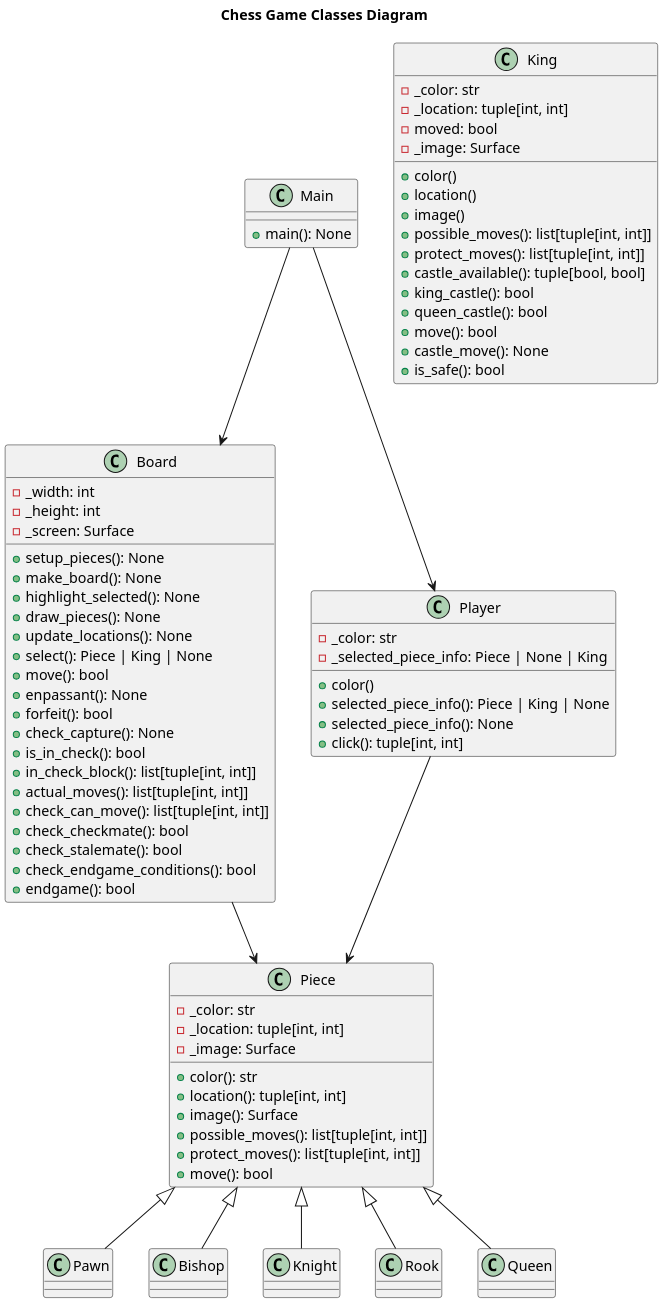
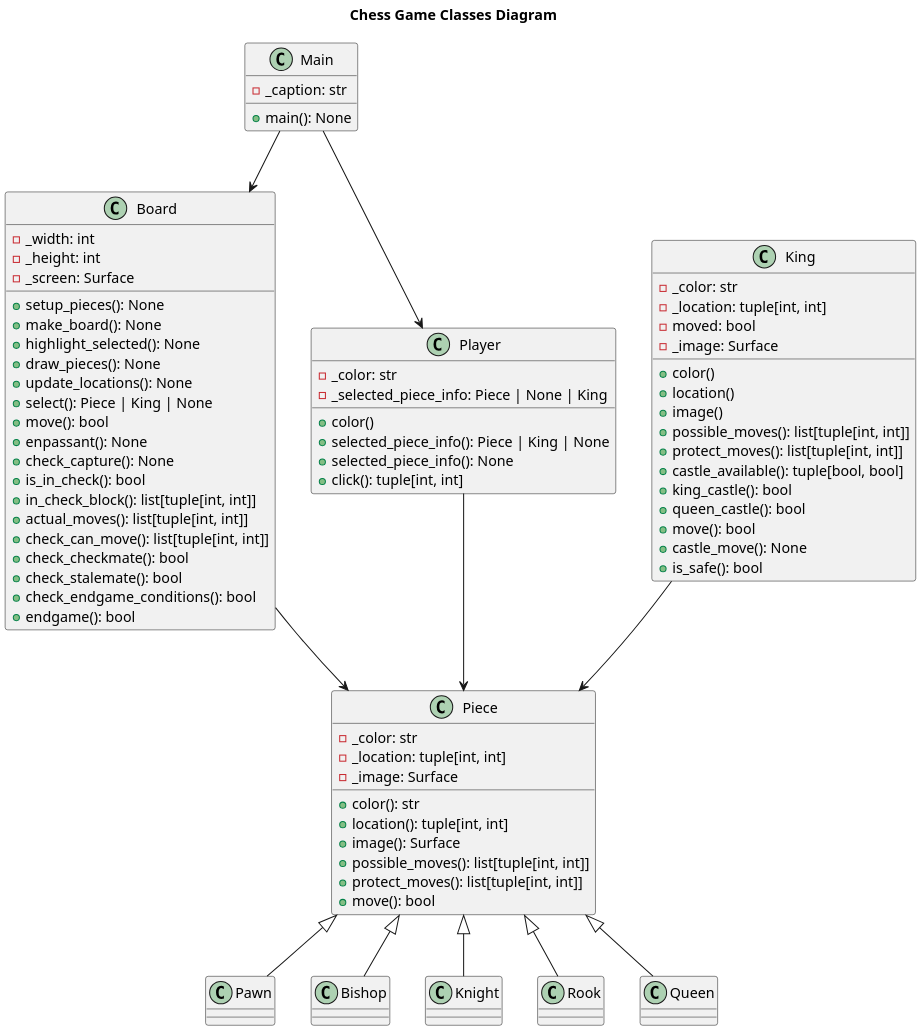
Before and after one commit to walkeredwards/OOP-FinalProject: the diagram in finalproject/uml/chess.plantuml, drawn with PlantUML. The commit also changed 3 other files, not shown here.

Commit message:
powerpoint + uml fix

```diff
--- a/finalproject/uml/chess.plantuml
+++ b/finalproject/uml/chess.plantuml
@@ -1,89 +1,90 @@
 @startuml Chess Game Classes Diagram
 scale 2
 title "Chess Game Classes Diagram"
 class Main {
+    - _caption: str
     + main(): None
 }
 
 class Board {
     - _width: int
     - _height: int
     - _screen: Surface
     + setup_pieces(): None
     + make_board(): None
     + highlight_selected(): None
     + draw_pieces(): None
     + update_locations(): None
     + select(): Piece | King | None
     + move(): bool
     + enpassant(): None
-    + forfeit(): bool
     + check_capture(): None
     + is_in_check(): bool
     + in_check_block(): list[tuple[int, int]]
     + actual_moves(): list[tuple[int, int]]
     + check_can_move(): list[tuple[int, int]]
     + check_checkmate(): bool
     + check_stalemate(): bool
     + check_endgame_conditions(): bool
     + endgame(): bool
 }
 
 class Piece {
     - _color: str
     - _location: tuple[int, int]
     - _image: Surface
     + color(): str
     + location(): tuple[int, int]
     + image(): Surface
     + possible_moves(): list[tuple[int, int]]
     + protect_moves(): list[tuple[int, int]]
     + move(): bool
 }
 
 class Pawn
 class Bishop
 class Knight
 class Rook
 class Queen
 
 class King {
     - _color: str
     - _location: tuple[int, int]
     - moved: bool
     - _image: Surface
     + color()
     + location()
     + image()
     + possible_moves(): list[tuple[int, int]]
     + protect_moves(): list[tuple[int, int]]
     + castle_available(): tuple[bool, bool]
     + king_castle(): bool
     + queen_castle(): bool
     + move(): bool
     + castle_move(): None
     + is_safe(): bool
 }
 
 class Player {
     - _color: str
     - _selected_piece_info: Piece | None | King
     + color()
     + selected_piece_info(): Piece | King | None
     + selected_piece_info(): None
     + click(): tuple[int, int]
 }
 
 Main --> Board
 Main --> Player
 
 Board --> Piece
 Player --> Piece
 
+King --> Piece
 Piece <|-- Pawn
 Piece <|-- Bishop
 Piece <|-- Knight
 Piece <|-- Rook
 Piece <|-- Queen
 
 @enduml
```
